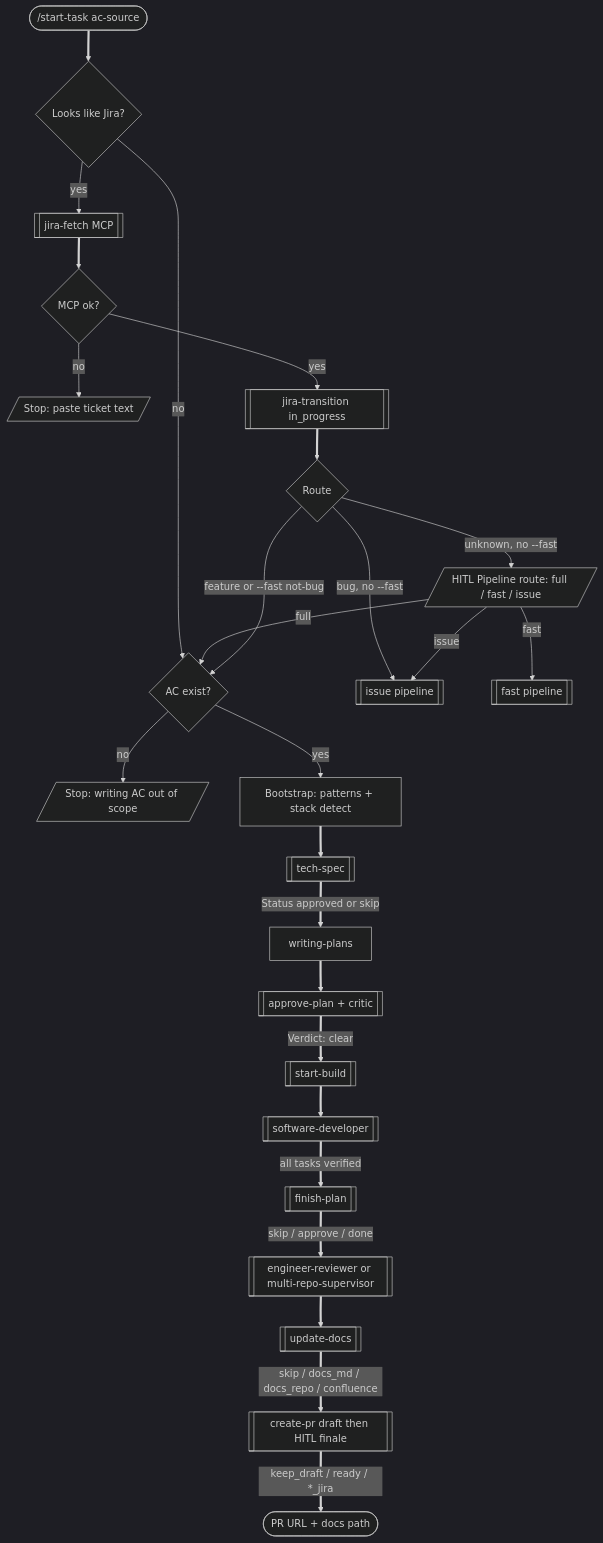
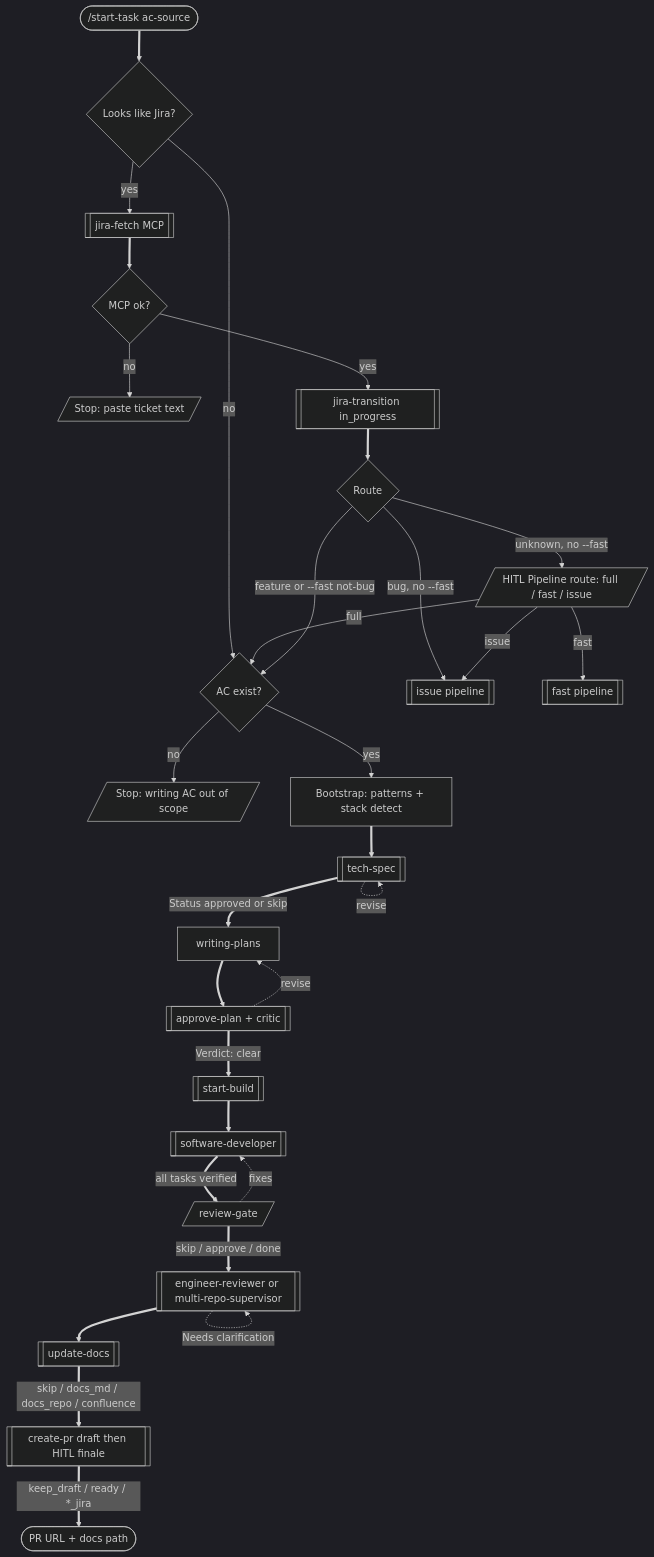
The second of 13 diagrams in docs/superpowers/pipeline-flow.md (a-trembak/cursor-spells), drawn with Mermaid (dark theme) before and after one commit. The commit also changed other lines of this file and 5 other files, not shown here.

First line of the commit message:
docs(pipeline): name post-build HITL review-gate and show cycles

````diff
--- a/docs/superpowers/pipeline-flow.md
+++ b/docs/superpowers/pipeline-flow.md
@@ -30,50 +93,54 @@
 ```mermaid
 flowchart TD
   startNode(["/start-task ac-source"])
   looksJira{Looks like Jira?}
   fetch[["jira-fetch MCP"]]
   fetchFail{MCP ok?}
   stopPaste[/"Stop: paste ticket text"/]
   inProgress[["jira-transition in_progress"]]
   route{"Route"}
   hitlRoute[/"HITL Pipeline route: full / fast / issue"/]
   noAc{AC exist?}
   stopNoAc[/"Stop: writing AC out of scope"/]
   bootstrap["Bootstrap: patterns + stack detect"]
   techSpec[["tech-spec"]]
   planWrite["writing-plans"]
   approvePlan[["approve-plan + critic"]]
   startBuild[["start-build"]]
   softwareDev[["software-developer"]]
-  finishPlan[["finish-plan"]]
+  reviewGate[/"review-gate"/]
   engReview[["engineer-reviewer or multi-repo-supervisor"]]
   updateDocs[["update-docs"]]
   createPr[["create-pr draft then HITL finale"]]
   doneNode(["PR URL + docs path"])
 
   startNode ==> looksJira
   looksJira -->|"yes"| fetch
   looksJira -->|"no"| noAc
   fetch ==> fetchFail
   fetchFail -->|"no"| stopPaste
   fetchFail -->|"yes"| inProgress
   inProgress ==> route
   route -->|"bug, no --fast"| issuePipe[["issue pipeline"]]
   route -->|"unknown, no --fast"| hitlRoute
   hitlRoute -->|"full"| noAc
   hitlRoute -->|"fast"| fastPipe[["fast pipeline"]]
   hitlRoute -->|"issue"| issuePipe
   route -->|"feature or --fast not-bug"| noAc
   noAc -->|"no"| stopNoAc
   noAc -->|"yes"| bootstrap
   bootstrap ==> techSpec
   techSpec ==>|"Status approved or skip"| planWrite
+  techSpec -.->|"revise"| techSpec
   planWrite ==> approvePlan
+  approvePlan -.->|"revise"| planWrite
   approvePlan ==>|"Verdict: clear"| startBuild
   startBuild ==> softwareDev
-  softwareDev ==>|"all tasks verified"| finishPlan
-  finishPlan ==>|"skip / approve / done"| engReview
+  softwareDev ==>|"all tasks verified"| reviewGate
+  reviewGate -.->|"fixes"| softwareDev
+  reviewGate ==>|"skip / approve / done"| engReview
+  engReview -.->|"Needs clarification"| engReview
   engReview ==> updateDocs
   updateDocs ==>|"skip / docs_md / docs_repo / confluence"| createPr
   createPr ==>|"keep_draft / ready / *_jira"| doneNode
 ```
````
